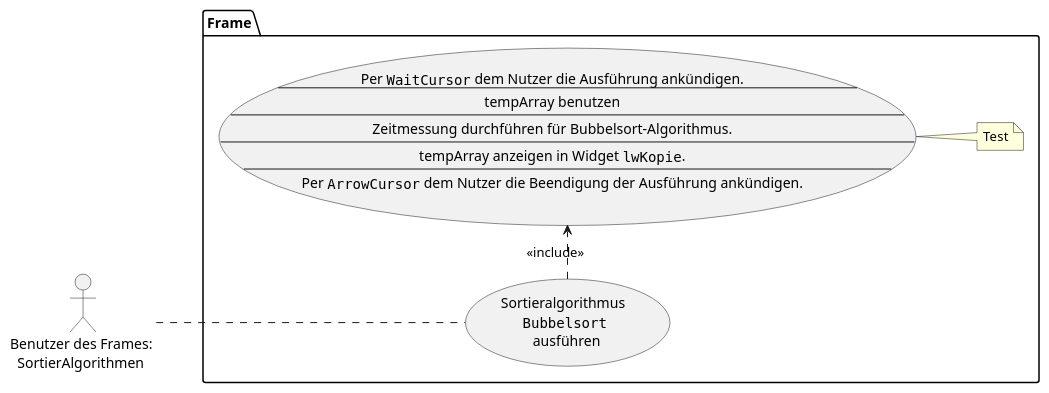
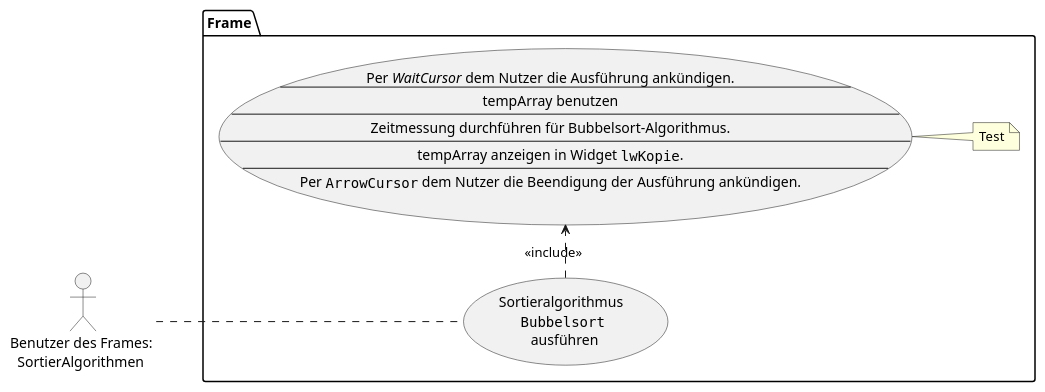
Before and after one commit to msg-azubi/bws: the diagram in cpp-basics/Sortieren/SortierAlgoVergleich/doc/skills/uml/UC-GUI-SortierAlgos--based-only-on-infos-of-task-1--focus-include.puml, drawn with PlantUML. The commit also changed 8 other files, not shown here.

```diff
--- a/cpp-basics/Sortieren/SortierAlgoVergleich/doc/skills/uml/UC-GUI-SortierAlgos--based-only-on-infos-of-task-1--focus-include.puml
+++ b/cpp-basics/Sortieren/SortierAlgoVergleich/doc/skills/uml/UC-GUI-SortierAlgos--based-only-on-infos-of-task-1--focus-include.puml
@@ -1,29 +1,29 @@
 @startuml
 
 actor "Benutzer des Frames: \n  SortierAlgorithmen" as frameUser
 
 package Frame {
 
 usecase "Sortieralgorithmus \n ""Bubbelsort"" \n ausführen" as UC_BubbelSort
 
-usecase include_at_UC_BubbelSort as"
-Per ""WaitCursor"" dem Nutzer die Ausführung ankündigen.
+usecase include_at_UC_BubbelSort as "
+Per <i>WaitCursor</i> dem Nutzer die Ausführung ankündigen.
 ----
 tempArray benutzen
 ----
 Zeitmessung durchführen für Bubbelsort-Algorithmus.
 ----
 tempArray anzeigen in Widget ""lwKopie"".
 ----
 Per ""ArrowCursor"" dem Nutzer die Beendigung der Ausführung ankündigen.
 "
 
 UC_BubbelSort .> include_at_UC_BubbelSort : <<include>>
 frameUser .. UC_BubbelSort
 left to right direction
 
 
 note right of include_at_UC_BubbelSort
 Test
 end note
 @enduml
```
